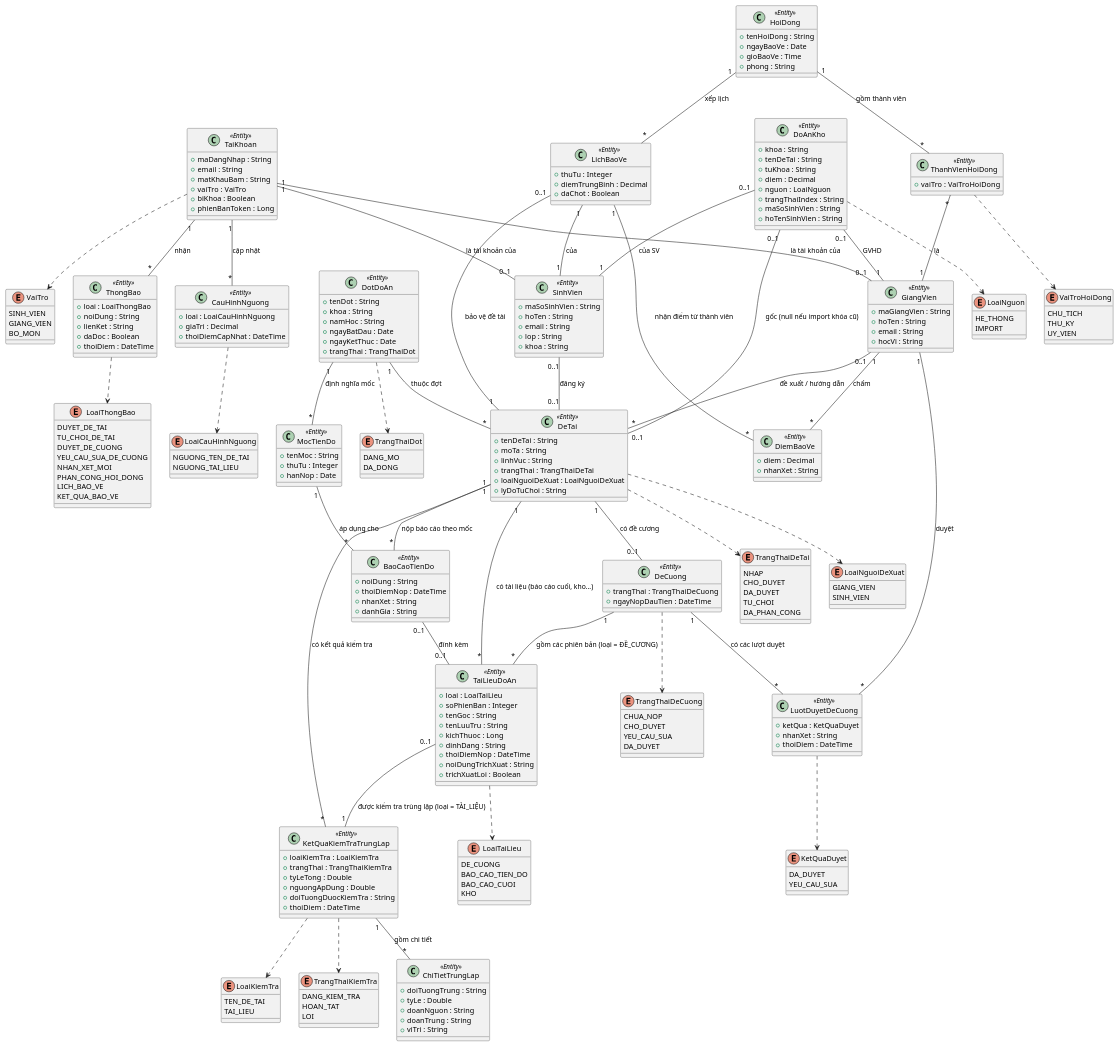
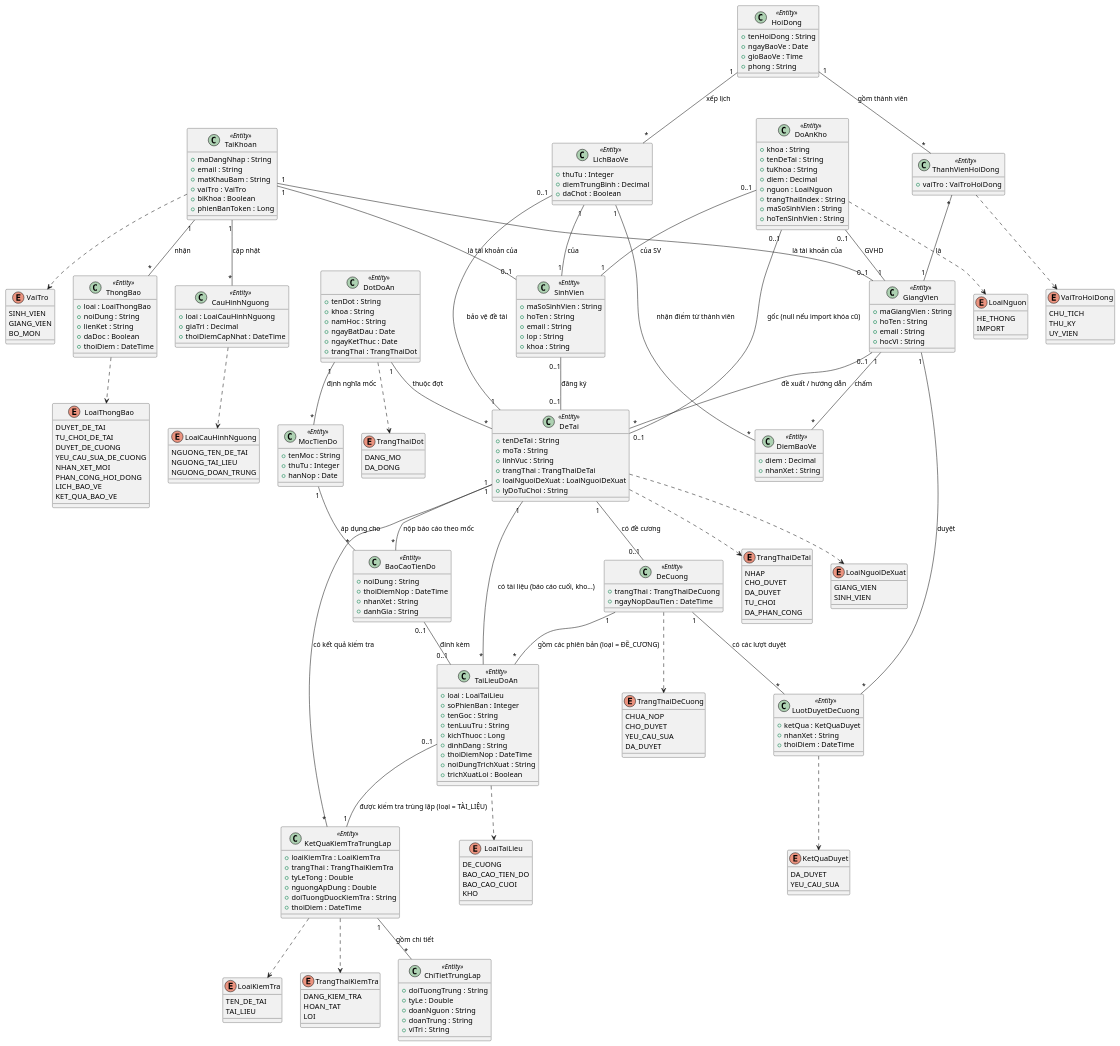
One commit to dtc235200036-alt/ICTU-DATN-NguyenThiMaiAnh changed the diagram in docs/chuong-3-thiet-ke/so-do-lop/lop-thuc-the.puml. Above: the diagram before and after it, drawn with PlantUML. The commit also changed 9 other files, not shown here.

```diff
--- a/docs/chuong-3-thiet-ke/so-do-lop/lop-thuc-the.puml
+++ b/docs/chuong-3-thiet-ke/so-do-lop/lop-thuc-the.puml
@@ -82,6 +82,7 @@
 enum LoaiCauHinhNguong {
   NGUONG_TEN_DE_TAI
   NGUONG_TAI_LIEU
+  NGUONG_DOAN_TRUNG
 }
 
 ' =====================================================================
```
